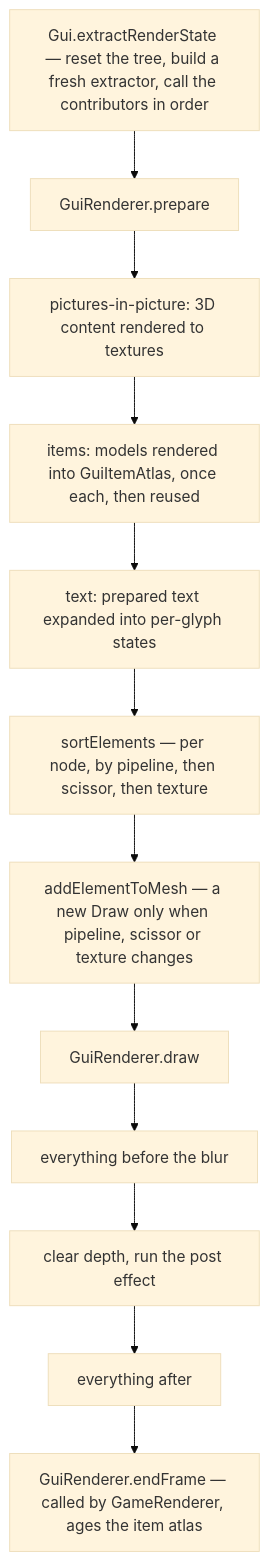
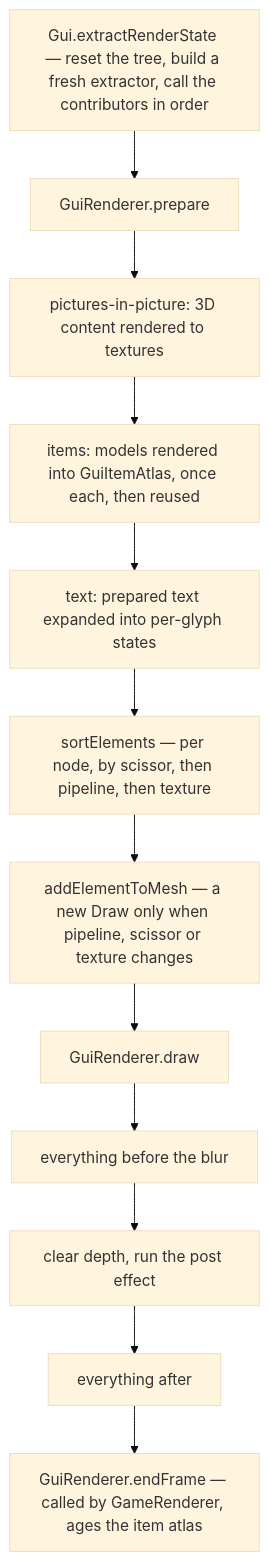
The second of 2 diagrams in src/systems/client/the-gui-render-tree.md (AlexanderjFraser/MinecraftDocs), drawn with Mermaid (base theme) before and after one commit. The commit also changed other lines of this file and 13 other files, not shown here.

````diff
--- a/src/systems/client/the-gui-render-tree.md
+++ b/src/systems/client/the-gui-render-tree.md
@@ -100,17 +103,17 @@
 ```mermaid
 flowchart TD
     REC["Gui.extractRenderState — reset the tree, build a fresh extractor, call the contributors in order"]
     PREP["GuiRenderer.prepare"]
     PIP["pictures-in-picture: 3D content rendered to textures"]
     ITEM["items: models rendered into GuiItemAtlas, once each, then reused"]
     TEXT["text: prepared text expanded into per-glyph states"]
-    SORT["sortElements — per node, by pipeline, then scissor, then texture"]
+    SORT["sortElements — per node, by scissor, then pipeline, then texture"]
     MESH["addElementToMesh — a new Draw only when pipeline, scissor or texture changes"]
     DRAW["GuiRenderer.draw"]
     BEFORE["everything before the blur"]
     BLUR["clear depth, run the post effect"]
     AFTER["everything after"]
     END["GuiRenderer.endFrame — called by GameRenderer, ages the item atlas"]
     REC --> PREP --> PIP --> ITEM --> TEXT --> SORT --> MESH --> DRAW
     DRAW --> BEFORE --> BLUR --> AFTER --> END
 ```
````
